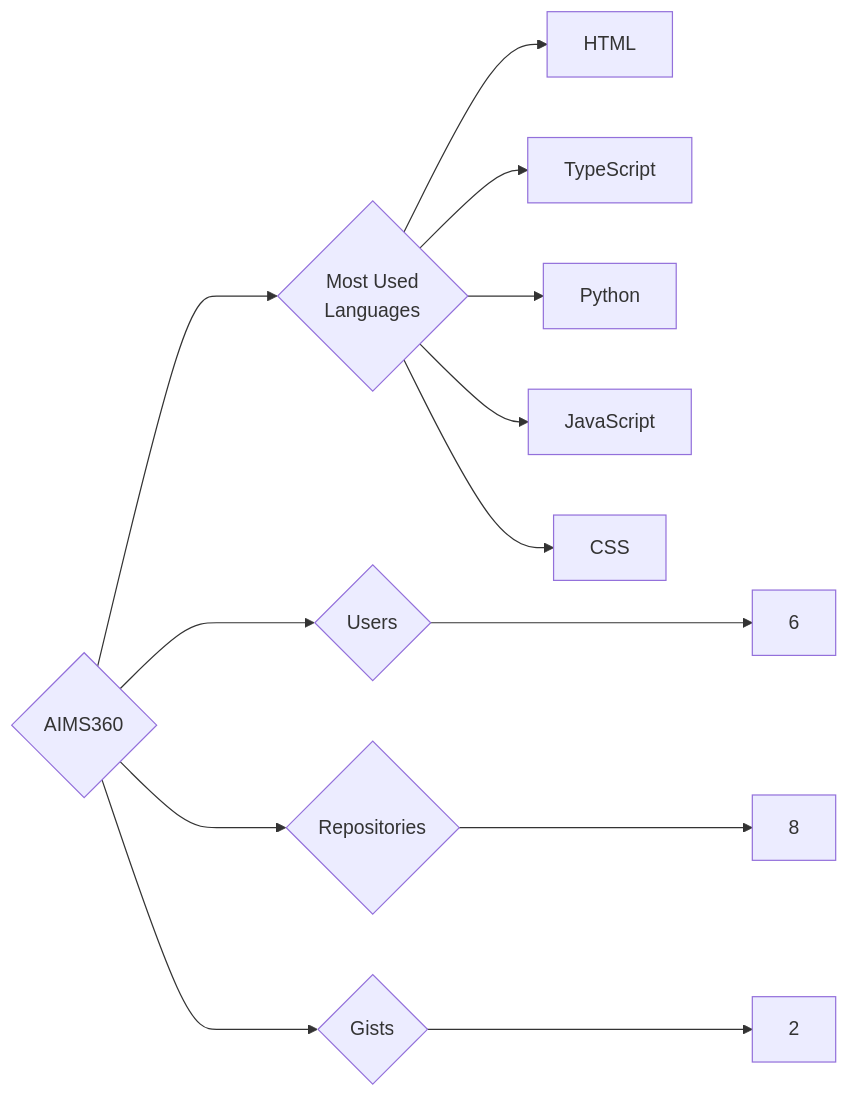
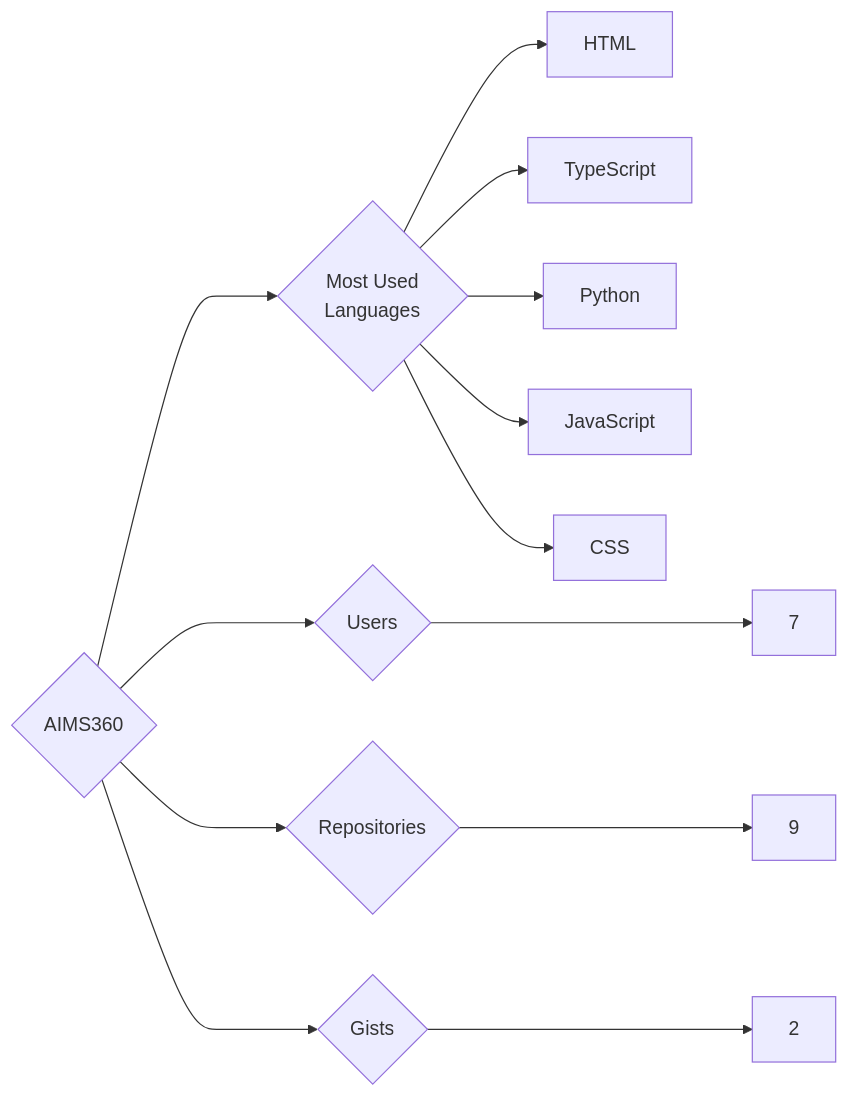
The diagram in targets/AIMS360/README.md (trickest/insiders), drawn with Mermaid before and after one commit. The commit also changed 1030 other files, not shown here.

````diff
--- a/targets/AIMS360/README.md
+++ b/targets/AIMS360/README.md
@@ -3,13 +3,13 @@
 ```mermaid
 graph LR
 COMPANY_NAME{AIMS360}
-COMPANY_NAME ---> U{Users} ---> UN[6]
-COMPANY_NAME ---> R{Repositories} ---> RN[8]
+COMPANY_NAME ---> U{Users} ---> UN[7]
+COMPANY_NAME ---> R{Repositories} ---> RN[9]
 COMPANY_NAME ---> G{Gists} ---> GN[2]
 COMPANY_NAME ---> ML{Most Used<br>Languages}
 ML --> HTML[HTML]
 ML --> TypeScript[TypeScript]
 ML --> Python[Python]
 ML --> JavaScript[JavaScript]
 ML --> CSS[CSS]
 ```
````
